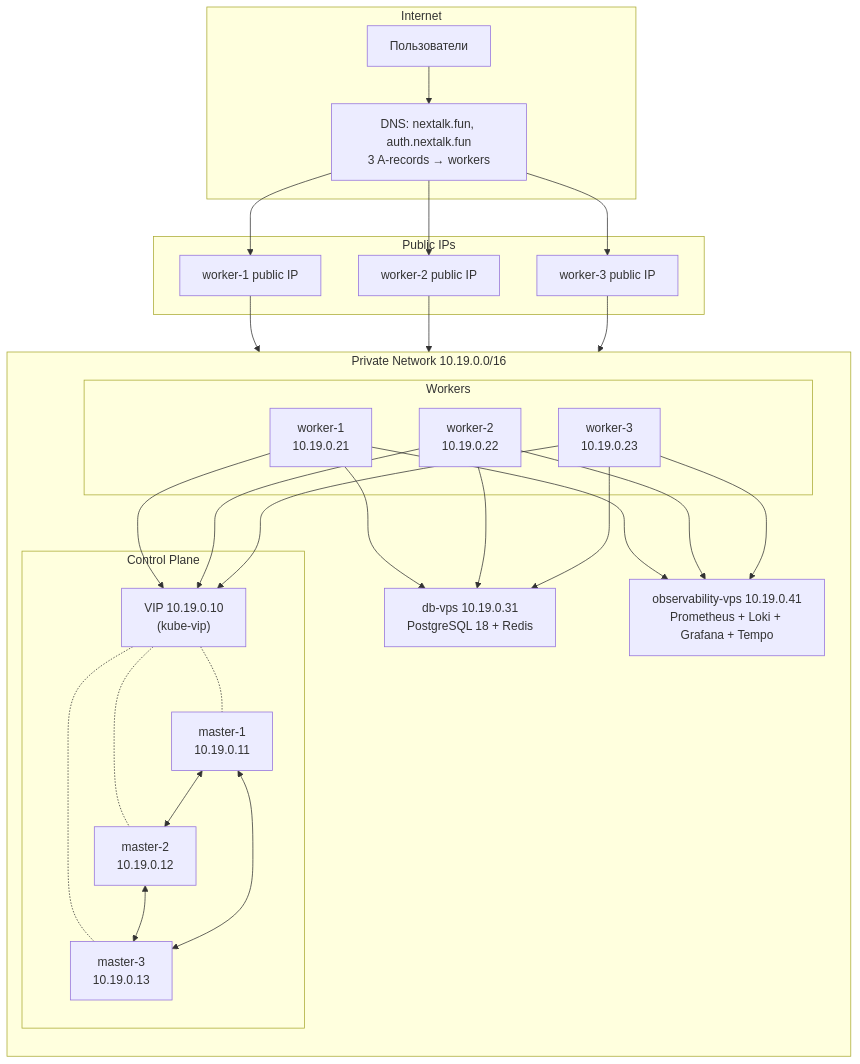
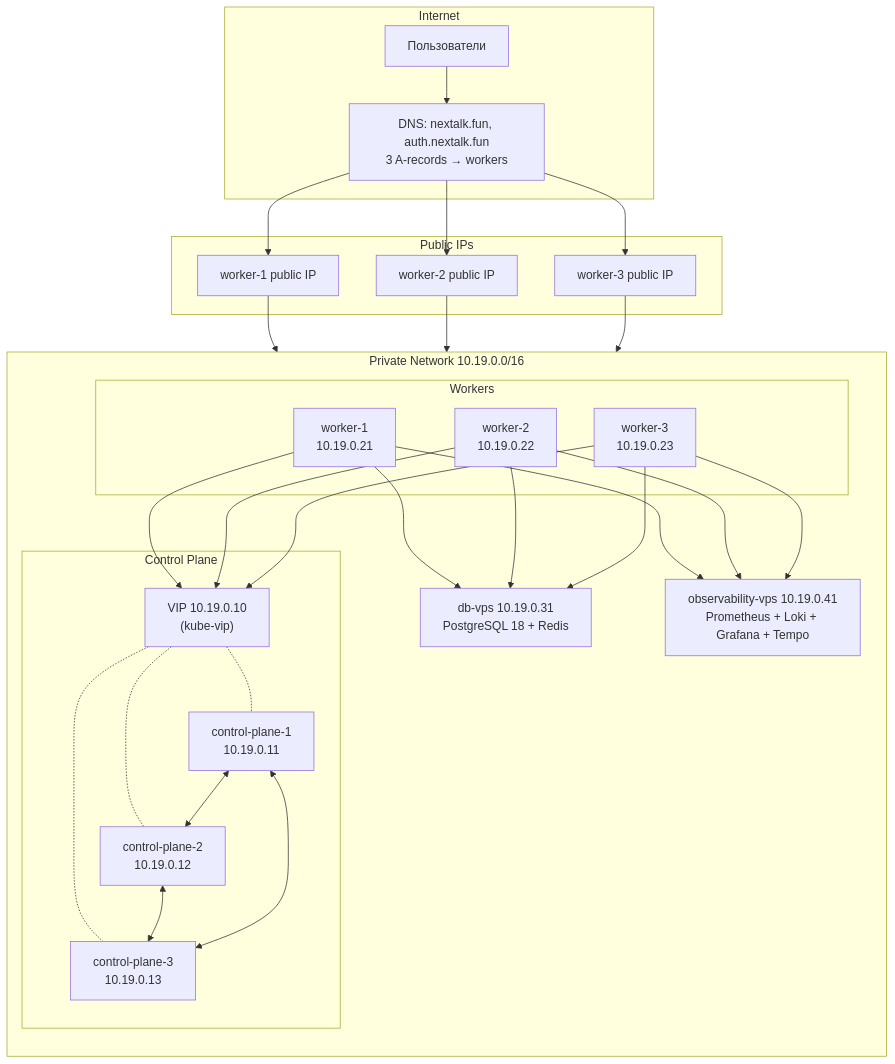
One commit to nextalkhub/NexTalk changed the diagram in docs/deployment.md. Above: the diagram before and after it, drawn with Mermaid. The commit also changed other lines of this file and 15 other files, not shown here.

Commit message:
infra+docs: переименование master-N в control-plane-N во всех файлах

````diff
--- a/docs/deployment.md
+++ b/docs/deployment.md
@@ -59,57 +59,57 @@
 ```mermaid
 graph TB
     subgraph "Internet"
         U[Пользователи]
         DNS["DNS: nextalk.fun, auth.nextalk.fun<br/>3 A-records → workers"]
     end
 
     subgraph "Public IPs"
         W1Pub["worker-1 public IP"]
         W2Pub["worker-2 public IP"]
         W3Pub["worker-3 public IP"]
     end
 
     subgraph "Private Network 10.19.0.0/16"
         direction TB
 
         subgraph "Control Plane"
             VIP["VIP 10.19.0.10<br/>(kube-vip)"]
-            M1["master-1<br/>10.19.0.11"]
-            M2["master-2<br/>10.19.0.12"]
-            M3["master-3<br/>10.19.0.13"]
+            M1["control-plane-1<br/>10.19.0.11"]
+            M2["control-plane-2<br/>10.19.0.12"]
+            M3["control-plane-3<br/>10.19.0.13"]
             VIP -.- M1
             VIP -.- M2
             VIP -.- M3
             M1 <--> M2
             M2 <--> M3
             M1 <--> M3
         end
 
         subgraph "Workers"
             W1["worker-1<br/>10.19.0.21"]
             W2["worker-2<br/>10.19.0.22"]
             W3["worker-3<br/>10.19.0.23"]
         end
 
         DB["db-vps 10.19.0.31<br/>PostgreSQL 18 + Redis"]
         OBS["observability-vps 10.19.0.41<br/>Prometheus + Loki + Grafana + Tempo"]
 
         W1 --> VIP
         W2 --> VIP
         W3 --> VIP
         W1 --> DB
         W2 --> DB
         W3 --> DB
         W1 --> OBS
         W2 --> OBS
         W3 --> OBS
     end
 
     U --> DNS
     DNS --> W1Pub
     DNS --> W2Pub
     DNS --> W3Pub
     W1Pub --> W1
     W2Pub --> W2
     W3Pub --> W3
 ```
````
